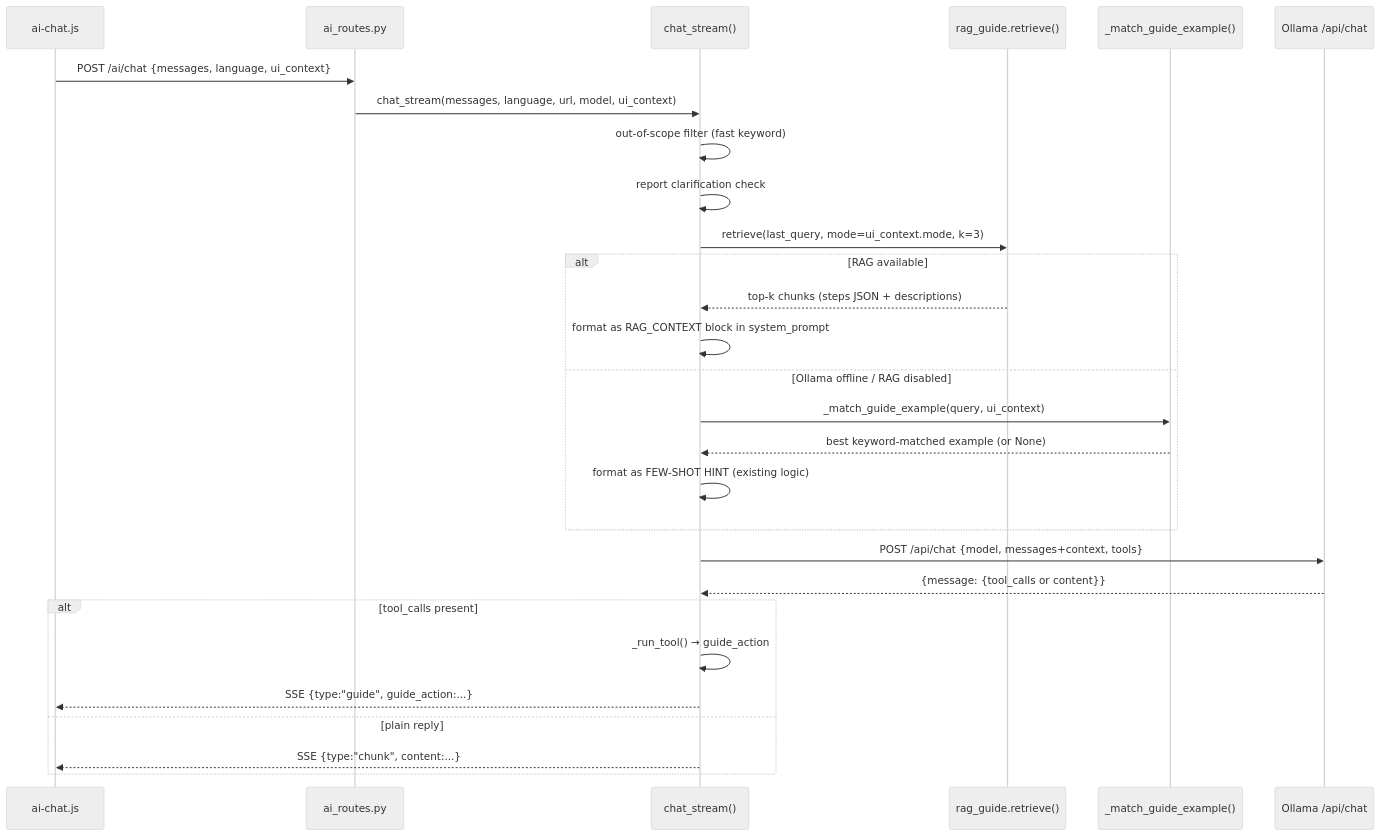
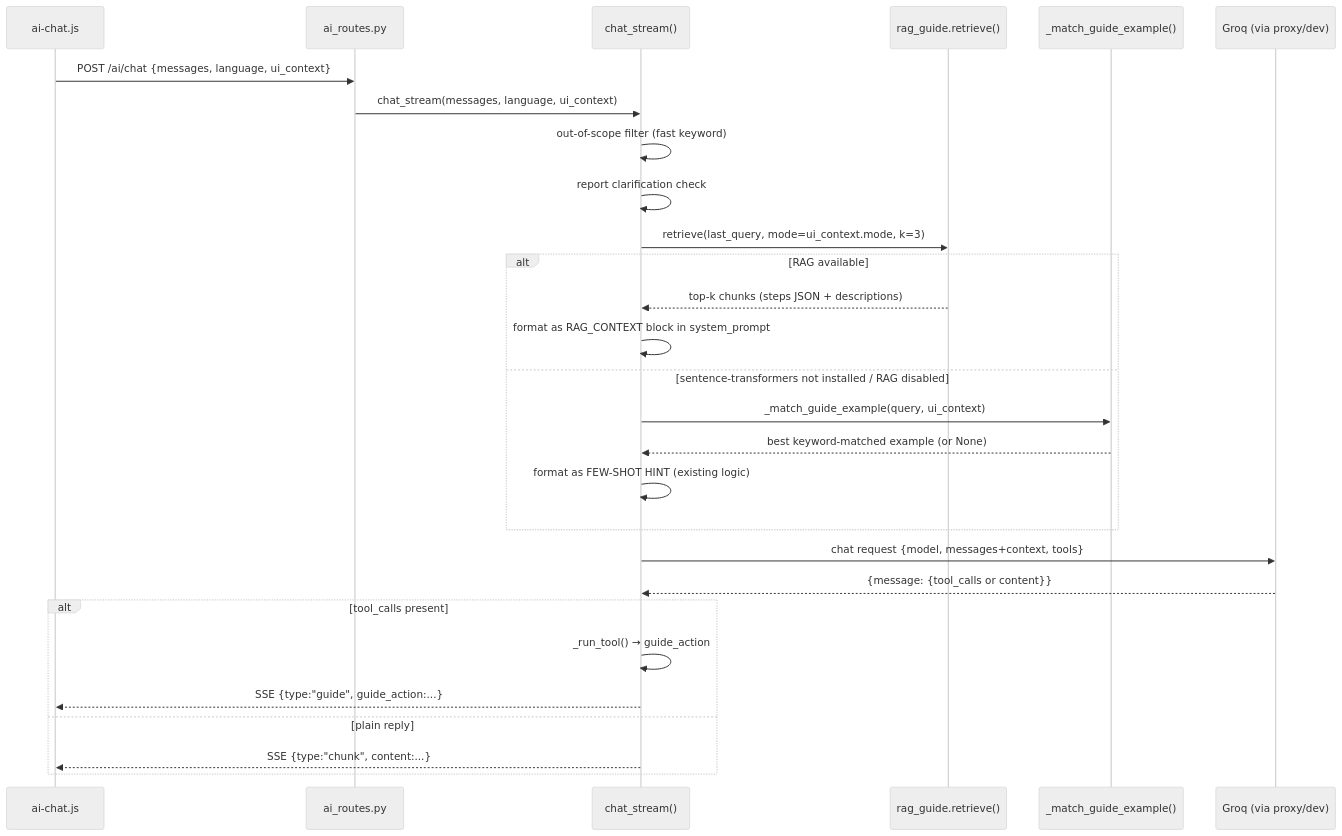
One commit to Promethees/microalbumin-Flask changed the third of 3 diagrams in easyokapi-knowledge/RAG-USER-GUIDE.md. Above: the diagram before and after it, drawn with Mermaid (neutral theme). The commit also changed other lines of this file and 3 other files, not shown here.

````diff
--- a/easyokapi-knowledge/RAG-USER-GUIDE.md
+++ b/easyokapi-knowledge/RAG-USER-GUIDE.md
@@ -171,35 +172,35 @@
 ```mermaid
 sequenceDiagram
     participant JS  as ai-chat.js
     participant RT  as ai_routes.py
     participant CS  as chat_stream()
     participant RAG as rag_guide.retrieve()
     participant KW  as _match_guide_example()
-    participant LLM as Ollama /api/chat
+    participant LLM as Groq (via proxy/dev)
 
     JS->>RT: POST /ai/chat {messages, language, ui_context}
-    RT->>CS: chat_stream(messages, language, url, model, ui_context)
+    RT->>CS: chat_stream(messages, language, ui_context)
 
     CS->>CS: out-of-scope filter (fast keyword)
     CS->>CS: report clarification check
 
     CS->>RAG: retrieve(last_query, mode=ui_context.mode, k=3)
     alt RAG available
         RAG-->>CS: top-k chunks (steps JSON + descriptions)
         CS->>CS: format as RAG_CONTEXT block in system_prompt
-    else Ollama offline / RAG disabled
+    else sentence-transformers not installed / RAG disabled
         CS->>KW: _match_guide_example(query, ui_context)
         KW-->>CS: best keyword-matched example (or None)
         CS->>CS: format as FEW-SHOT HINT (existing logic)
     end
 
-    CS->>LLM: POST /api/chat {model, messages+context, tools}
+    CS->>LLM: chat request {model, messages+context, tools}
     LLM-->>CS: {message: {tool_calls or content}}
 
     alt tool_calls present
         CS->>CS: _run_tool() → guide_action
         CS-->>JS: SSE {type:"guide", guide_action:...}
     else plain reply
         CS-->>JS: SSE {type:"chunk", content:...}
     end
 ```
````
